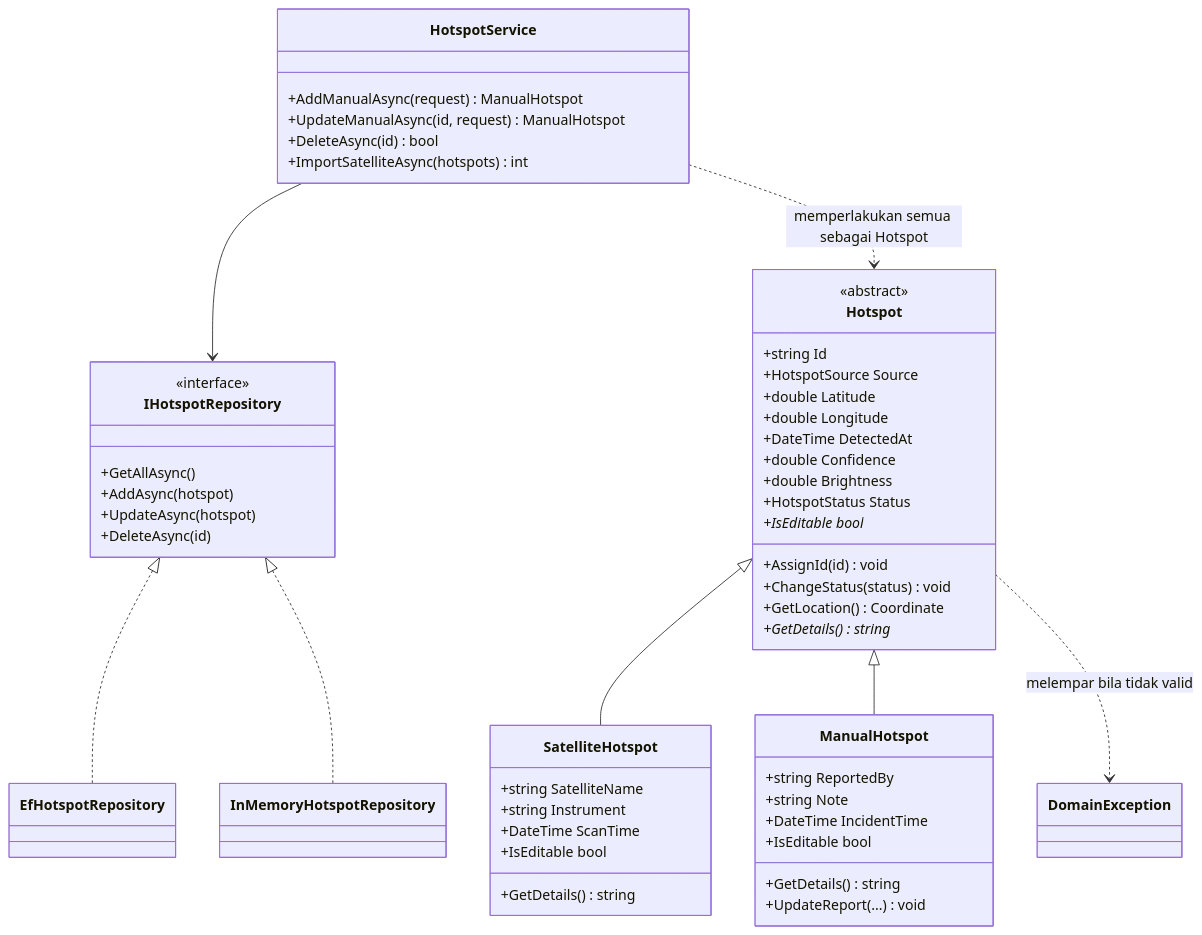
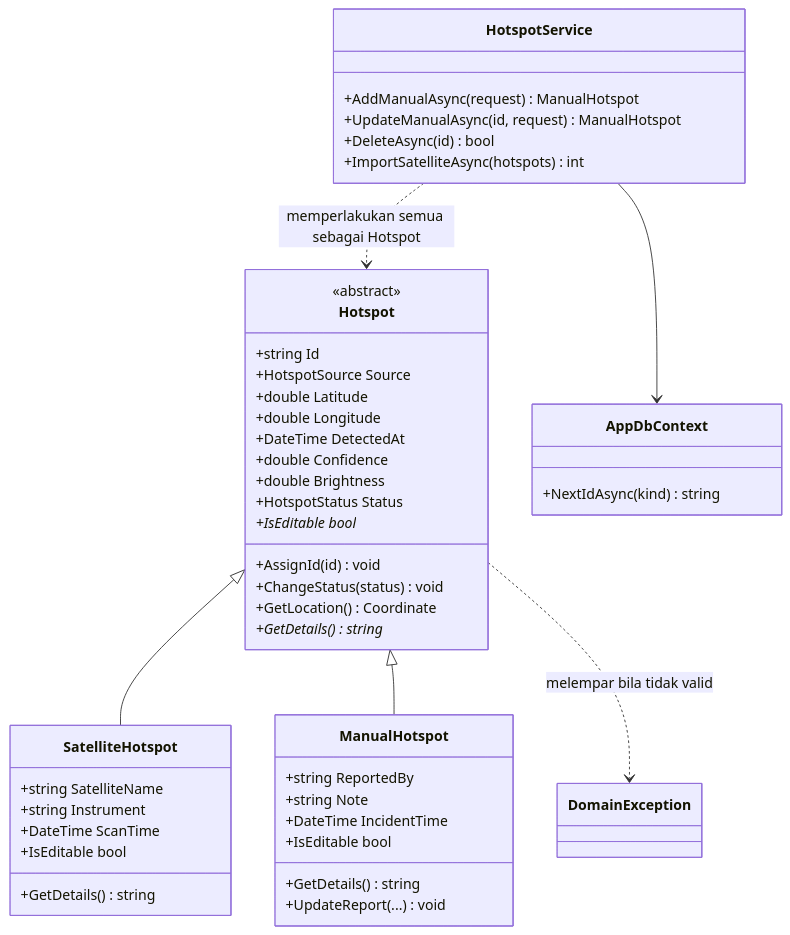
One commit to Palupifitrianingrum/Ignis changed the second of 2 diagrams in docs/oop-feature.md. Above: the diagram before and after it, drawn with Mermaid. The commit also changed other lines of this file and 116 other files, not shown here.

First line of the commit message:
refactor(api): sederhanakan struktur menjadi Api, Frontend, Shared, Tests; tambah auth JWT/Google dan Id berbasis sequence

````diff
--- a/docs/oop-feature.md
+++ b/docs/oop-feature.md
@@ -54,60 +54,52 @@
 ```mermaid
 classDiagram
     direction TB
 
     class Hotspot {
         <<abstract>>
         +string Id
         +HotspotSource Source
         +double Latitude
         +double Longitude
         +DateTime DetectedAt
         +double Confidence
         +double Brightness
         +HotspotStatus Status
         +AssignId(id) void
         +ChangeStatus(status) void
         +GetLocation() Coordinate
         +IsEditable bool*
         +GetDetails() string*
     }
     class SatelliteHotspot {
         +string SatelliteName
         +string Instrument
         +DateTime ScanTime
         +IsEditable bool
         +GetDetails() string
     }
     class ManualHotspot {
         +string ReportedBy
         +string Note
         +DateTime IncidentTime
         +IsEditable bool
         +GetDetails() string
         +UpdateReport(...) void
     }
     class HotspotService {
         +AddManualAsync(request) ManualHotspot
         +UpdateManualAsync(id, request) ManualHotspot
         +DeleteAsync(id) bool
         +ImportSatelliteAsync(hotspots) int
     }
-    class IHotspotRepository {
-        <<interface>>
-        +GetAllAsync()
-        +AddAsync(hotspot)
-        +UpdateAsync(hotspot)
-        +DeleteAsync(id)
+    class AppDbContext {
+        +NextIdAsync(kind) string
     }
-    class EfHotspotRepository
-    class InMemoryHotspotRepository
     class DomainException
 
     Hotspot <|-- SatelliteHotspot
     Hotspot <|-- ManualHotspot
-    HotspotService --> IHotspotRepository
-    IHotspotRepository <|.. EfHotspotRepository
-    IHotspotRepository <|.. InMemoryHotspotRepository
+    HotspotService --> AppDbContext
     HotspotService ..> Hotspot : memperlakukan semua sebagai Hotspot
     Hotspot ..> DomainException : melempar bila tidak valid
 ```
````
